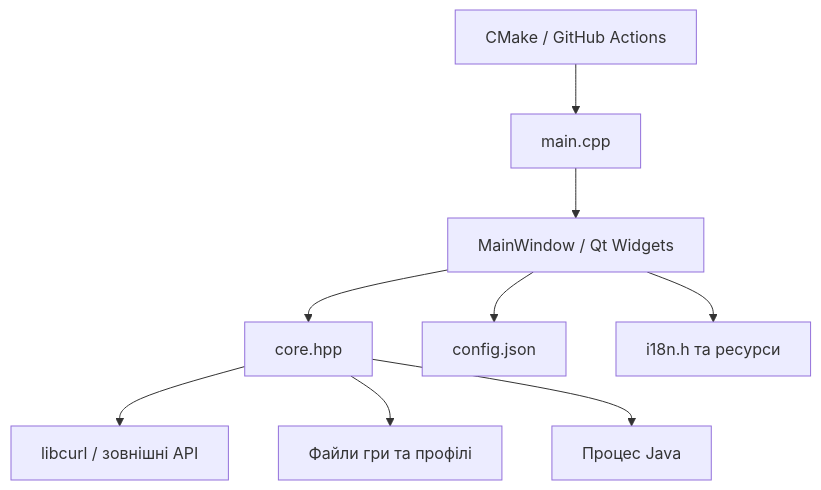
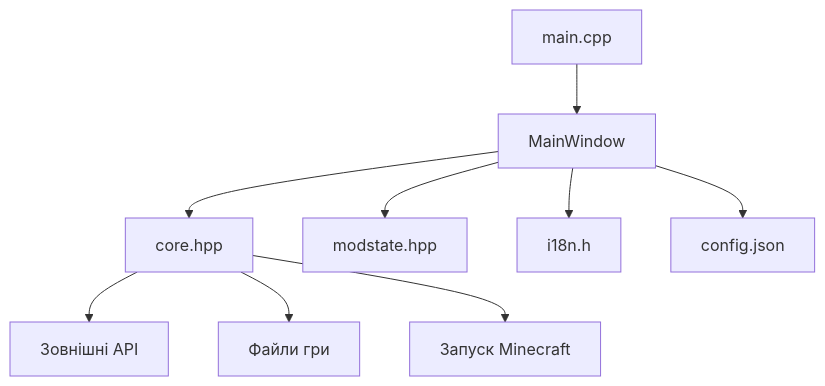
One commit to DenyRun0/CyberLauncher changed the fifth of 5 diagrams in CyberLauncher_Labs.md. Above: the diagram before and after it, drawn with Mermaid. The commit also changed other lines of this file, not shown here.

````diff
--- a/CyberLauncher_Labs.md
+++ b/CyberLauncher_Labs.md
@@ -289,11 +311,11 @@
 ```mermaid
 flowchart TD
- A[main.cpp] --> B[MainWindow / Qt Widgets]
+ A[main.cpp] --> B[MainWindow]
  B --> C[core.hpp]
- B --> D[config.json]
- B --> E[i18n.h та ресурси]
- C --> F[libcurl / зовнішні API]
- C --> G[Файли гри та профілі]
- C --> H[Процес Java]
- I[CMake / GitHub Actions] --> A
+ B --> D[modstate.hpp]
+ B --> E[i18n.h]
+ B --> F[config.json]
+ C --> G[Зовнішні API]
+ C --> H[Файли гри]
+ C --> I[Запуск Minecraft]
 ```
````
